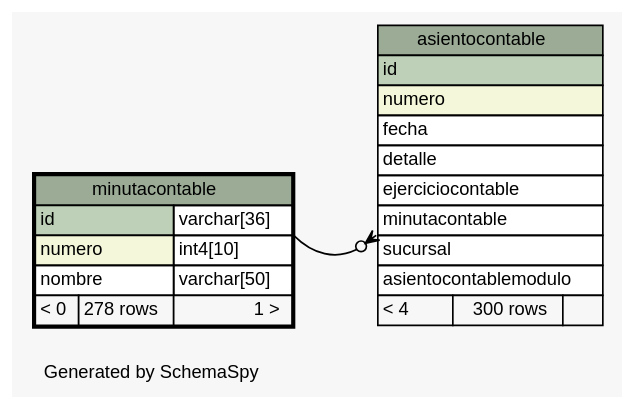
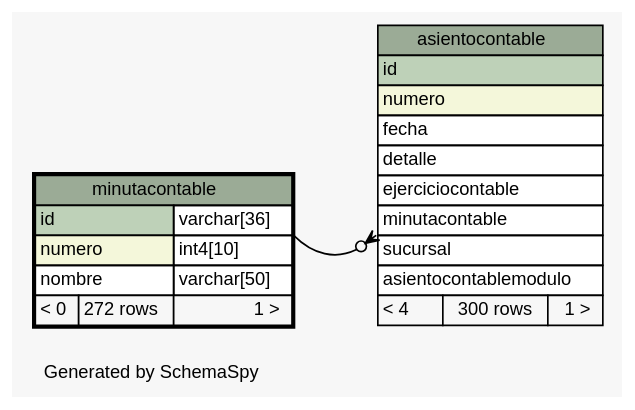
Before and after one commit to diegopablomansilla/massoftware_front: the diagram in postgresql/schemaSpy/salida/diagrams/minutacontable.1degree.dot, drawn with Graphviz. The commit also changed 546 other files, not shown here.

```diff
--- a/postgresql/schemaSpy/salida/diagrams/minutacontable.1degree.dot
+++ b/postgresql/schemaSpy/salida/diagrams/minutacontable.1degree.dot
@@ -1,52 +1,52 @@
 // dot 2.2.1 on Windows 10 10.0
 // SchemaSpy rev 590
 digraph "oneDegreeRelationshipsDiagram" {
   graph [
     rankdir="RL"
     bgcolor="#f7f7f7"
     label="\nGenerated by SchemaSpy"
     labeljust="l"
     nodesep="0.18"
     ranksep="0.46"
     fontname="Helvetica"
     fontsize="11"
   ];
   node [
     fontname="Helvetica"
     fontsize="11"
     shape="plaintext"
   ];
   edge [
     arrowsize="0.8"
   ];
   "asientocontable":"minutacontable":sw -> "minutacontable":"id.type":se [arrowhead=none dir=back arrowtail=crowodot];
   "asientocontable" [
     label=<
     <TABLE BORDER="0" CELLBORDER="1" CELLSPACING="0" BGCOLOR="#ffffff">
       <TR><TD COLSPAN="3" BGCOLOR="#9bab96" ALIGN="CENTER">asientocontable</TD></TR>
       <TR><TD PORT="id" COLSPAN="3" BGCOLOR="#bed1b8" ALIGN="LEFT">id</TD></TR>
       <TR><TD PORT="numero" COLSPAN="3" BGCOLOR="#f4f7da" ALIGN="LEFT">numero</TD></TR>
       <TR><TD PORT="fecha" COLSPAN="3" ALIGN="LEFT">fecha</TD></TR>
       <TR><TD PORT="detalle" COLSPAN="3" ALIGN="LEFT">detalle</TD></TR>
       <TR><TD PORT="ejerciciocontable" COLSPAN="3" ALIGN="LEFT">ejerciciocontable</TD></TR>
       <TR><TD PORT="minutacontable" COLSPAN="3" ALIGN="LEFT">minutacontable</TD></TR>
       <TR><TD PORT="sucursal" COLSPAN="3" ALIGN="LEFT">sucursal</TD></TR>
       <TR><TD PORT="asientocontablemodulo" COLSPAN="3" ALIGN="LEFT">asientocontablemodulo</TD></TR>
-      <TR><TD ALIGN="LEFT" BGCOLOR="#f7f7f7">&lt; 4</TD><TD ALIGN="RIGHT" BGCOLOR="#f7f7f7">300 rows</TD><TD ALIGN="RIGHT" BGCOLOR="#f7f7f7">  </TD></TR>
+      <TR><TD ALIGN="LEFT" BGCOLOR="#f7f7f7">&lt; 4</TD><TD ALIGN="RIGHT" BGCOLOR="#f7f7f7">300 rows</TD><TD ALIGN="RIGHT" BGCOLOR="#f7f7f7">1 &gt;</TD></TR>
     </TABLE>>
     URL="asientocontable.html"
     tooltip="asientocontable"
   ];
   "minutacontable" [
     label=<
     <TABLE BORDER="2" CELLBORDER="1" CELLSPACING="0" BGCOLOR="#ffffff">
       <TR><TD COLSPAN="3" BGCOLOR="#9bab96" ALIGN="CENTER">minutacontable</TD></TR>
       <TR><TD PORT="id" COLSPAN="2" BGCOLOR="#bed1b8" ALIGN="LEFT">id</TD><TD PORT="id.type" ALIGN="LEFT">varchar[36]</TD></TR>
       <TR><TD PORT="numero" COLSPAN="2" BGCOLOR="#f4f7da" ALIGN="LEFT">numero</TD><TD PORT="numero.type" ALIGN="LEFT">int4[10]</TD></TR>
       <TR><TD PORT="nombre" COLSPAN="2" ALIGN="LEFT">nombre</TD><TD PORT="nombre.type" ALIGN="LEFT">varchar[50]</TD></TR>
-      <TR><TD ALIGN="LEFT" BGCOLOR="#f7f7f7">&lt; 0</TD><TD ALIGN="RIGHT" BGCOLOR="#f7f7f7">278 rows</TD><TD ALIGN="RIGHT" BGCOLOR="#f7f7f7">1 &gt;</TD></TR>
+      <TR><TD ALIGN="LEFT" BGCOLOR="#f7f7f7">&lt; 0</TD><TD ALIGN="RIGHT" BGCOLOR="#f7f7f7">272 rows</TD><TD ALIGN="RIGHT" BGCOLOR="#f7f7f7">1 &gt;</TD></TR>
     </TABLE>>
     URL="minutacontable.html"
     tooltip="minutacontable"
   ];
 }
```
